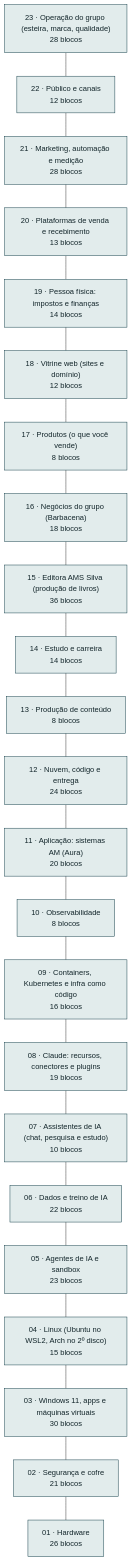
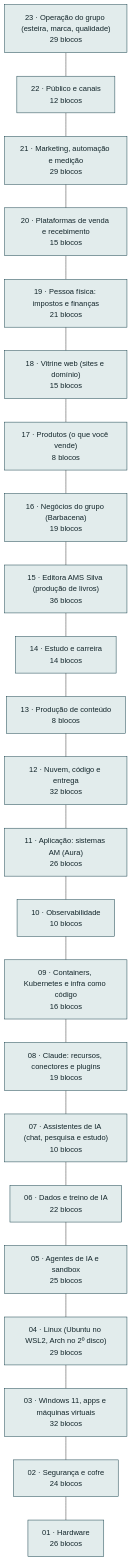
The diagram in docs/arquitetura.md (AlanMateus17/dev-setup), drawn with Mermaid before and after one commit. The commit also changed other lines of this file and 85 other files, not shown here.

````diff
--- a/docs/arquitetura.md
+++ b/docs/arquitetura.md
@@ -10,50 +10,50 @@
 ```mermaid
 flowchart TB
-  L_oper["23 · Operação do grupo (esteira, marca, qualidade)<br/>28 blocos"]
+  L_oper["23 · Operação do grupo (esteira, marca, qualidade)<br/>29 blocos"]
   L_pub["22 · Público e canais<br/>12 blocos"]
-  L_mkt["21 · Marketing, automação e medição<br/>28 blocos"]
-  L_venda["20 · Plataformas de venda e recebimento<br/>13 blocos"]
-  L_emp["19 · Pessoa física: impostos e finanças<br/>14 blocos"]
-  L_web["18 · Vitrine web (sites e domínio)<br/>12 blocos"]
+  L_mkt["21 · Marketing, automação e medição<br/>29 blocos"]
+  L_venda["20 · Plataformas de venda e recebimento<br/>15 blocos"]
+  L_emp["19 · Pessoa física: impostos e finanças<br/>21 blocos"]
+  L_web["18 · Vitrine web (sites e domínio)<br/>15 blocos"]
   L_prod["17 · Produtos (o que você vende)<br/>8 blocos"]
-  L_neg["16 · Negócios do grupo (Barbacena)<br/>18 blocos"]
+  L_neg["16 · Negócios do grupo (Barbacena)<br/>19 blocos"]
   L_editora["15 · Editora AMS Silva (produção de livros)<br/>36 blocos"]
   L_est["14 · Estudo e carreira<br/>14 blocos"]
   L_cont["13 · Produção de conteúdo<br/>8 blocos"]
-  L_nuvem["12 · Nuvem, código e entrega<br/>24 blocos"]
-  L_app["11 · Aplicação: sistemas AM (Aura)<br/>20 blocos"]
-  L_obs["10 · Observabilidade<br/>8 blocos"]
+  L_nuvem["12 · Nuvem, código e entrega<br/>32 blocos"]
+  L_app["11 · Aplicação: sistemas AM (Aura)<br/>26 blocos"]
+  L_obs["10 · Observabilidade<br/>10 blocos"]
   L_cnt["09 · Containers, Kubernetes e infra como código<br/>16 blocos"]
   L_clc["08 · Claude: recursos, conectores e plugins<br/>19 blocos"]
   L_chat["07 · Assistentes de IA (chat, pesquisa e estudo)<br/>10 blocos"]
   L_dados["06 · Dados e treino de IA<br/>22 blocos"]
-  L_ia["05 · Agentes de IA e sandbox<br/>23 blocos"]
-  L_lin["04 · Linux (Ubuntu no WSL2, Arch no 2º disco)<br/>15 blocos"]
-  L_win["03 · Windows 11, apps e máquinas virtuais<br/>30 blocos"]
-  L_seg["02 · Segurança e cofre<br/>21 blocos"]
+  L_ia["05 · Agentes de IA e sandbox<br/>25 blocos"]
+  L_lin["04 · Linux (Ubuntu no WSL2, Arch no 2º disco)<br/>29 blocos"]
+  L_win["03 · Windows 11, apps e máquinas virtuais<br/>32 blocos"]
+  L_seg["02 · Segurança e cofre<br/>24 blocos"]
   L_hw["01 · Hardware<br/>26 blocos"]
   L_oper --- L_pub
   L_pub --- L_mkt
   L_mkt --- L_venda
   L_venda --- L_emp
   L_emp --- L_web
   L_web --- L_prod
   L_prod --- L_neg
   L_neg --- L_editora
   L_editora --- L_est
   L_est --- L_cont
   L_cont --- L_nuvem
   L_nuvem --- L_app
   L_app --- L_obs
   L_obs --- L_cnt
   L_cnt --- L_clc
   L_clc --- L_chat
   L_chat --- L_dados
   L_dados --- L_ia
   L_ia --- L_lin
   L_lin --- L_win
   L_win --- L_seg
   L_seg --- L_hw
   classDef cam fill:#e2ecec,stroke:#0e3a45,color:#13262b
   class L_oper,L_pub,L_mkt,L_venda,L_emp,L_web,L_prod,L_neg,L_editora,L_est,L_cont,L_nuvem,L_app,L_obs,L_cnt,L_clc,L_chat,L_dados,L_ia,L_lin,L_win,L_seg,L_hw cam
 ```
````
